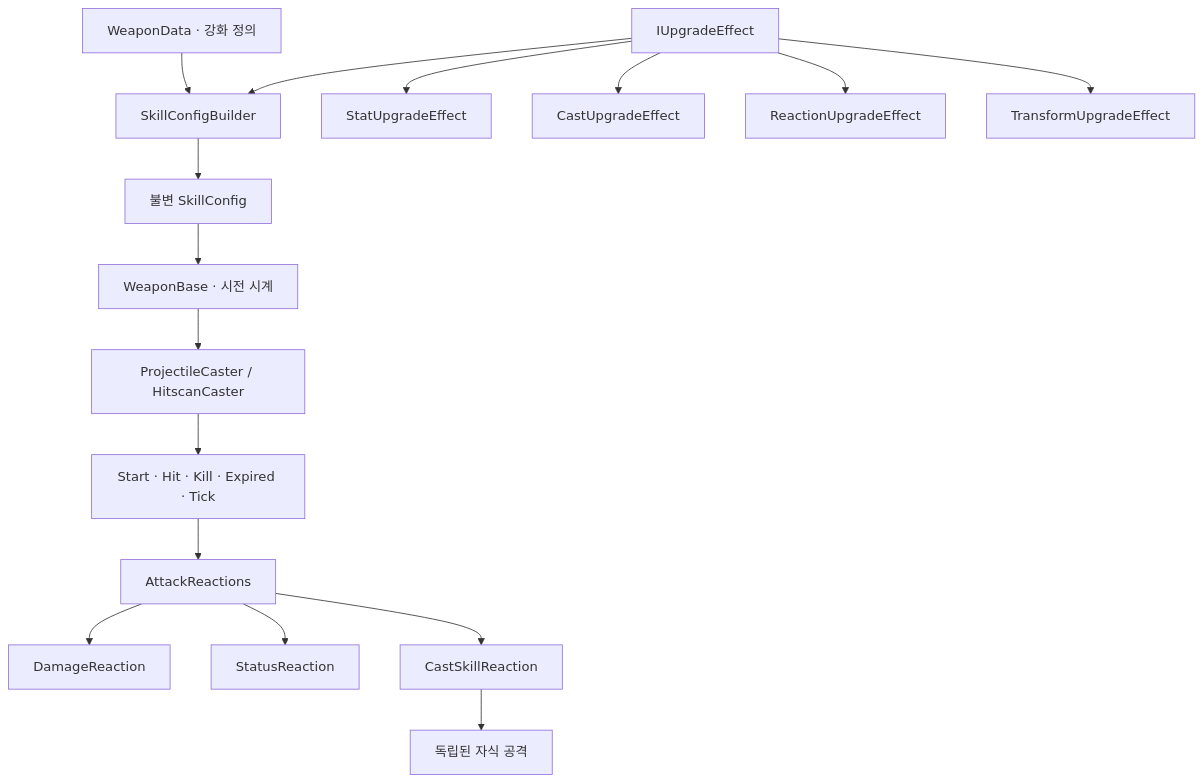
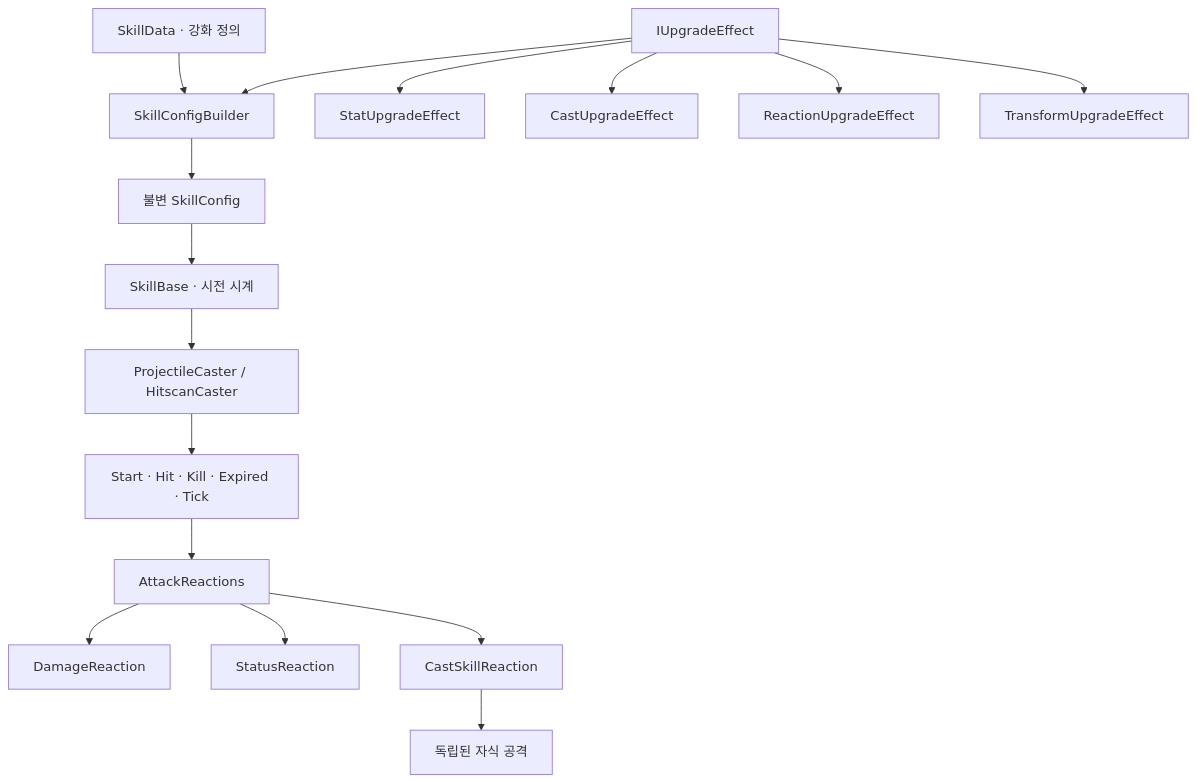
One commit to Sparta-fourTeam/client changed the diagram in docs/ninjutsu/README.md. Above: the diagram before and after it, drawn with Mermaid. The commit also changed other lines of this file and 4 other files, not shown here.

````diff
--- a/docs/ninjutsu/README.md
+++ b/docs/ninjutsu/README.md
@@ -55,18 +57,18 @@
 ```mermaid
 flowchart TD
-    D[WeaponData · 강화 정의] --> B[SkillConfigBuilder]
+    D[SkillData · 강화 정의] --> B[SkillConfigBuilder]
     U[IUpgradeEffect] --> B
     U --> S[StatUpgradeEffect]
     U --> C[CastUpgradeEffect]
     U --> R[ReactionUpgradeEffect]
     U --> T[TransformUpgradeEffect]
     B --> CFG[불변 SkillConfig]
-    CFG --> W[WeaponBase · 시전 시계]
+    CFG --> W[SkillBase · 시전 시계]
     W --> A[ProjectileCaster / HitscanCaster]
     A --> E[Start · Hit · Kill · Expired · Tick]
     E --> RX[AttackReactions]
     RX --> DMG[DamageReaction]
     RX --> STATUS[StatusReaction]
     RX --> CHILD[CastSkillReaction]
     CHILD --> A2[독립된 자식 공격]
 ```
````
